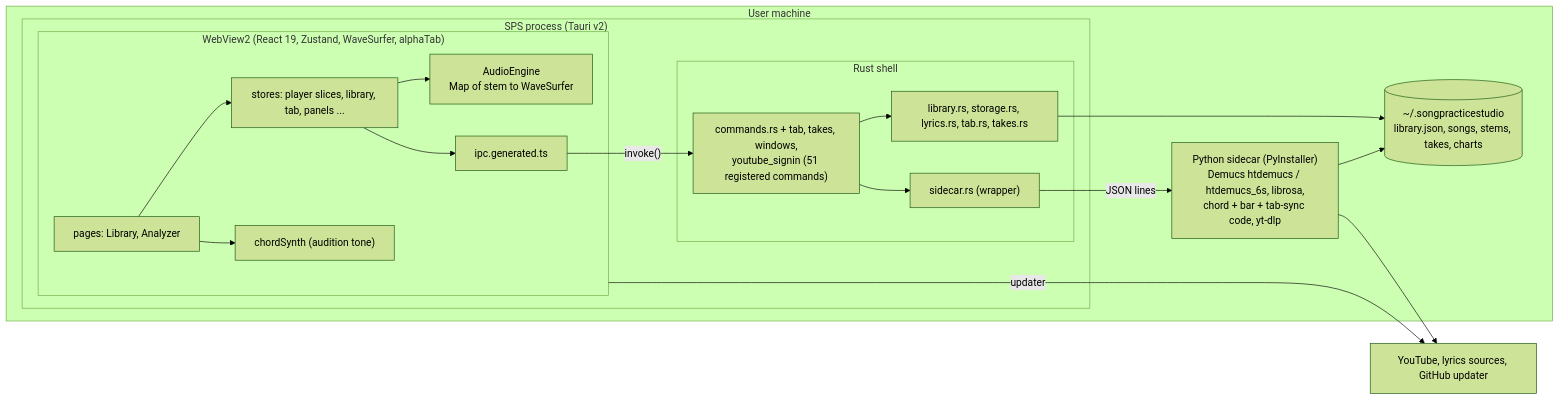
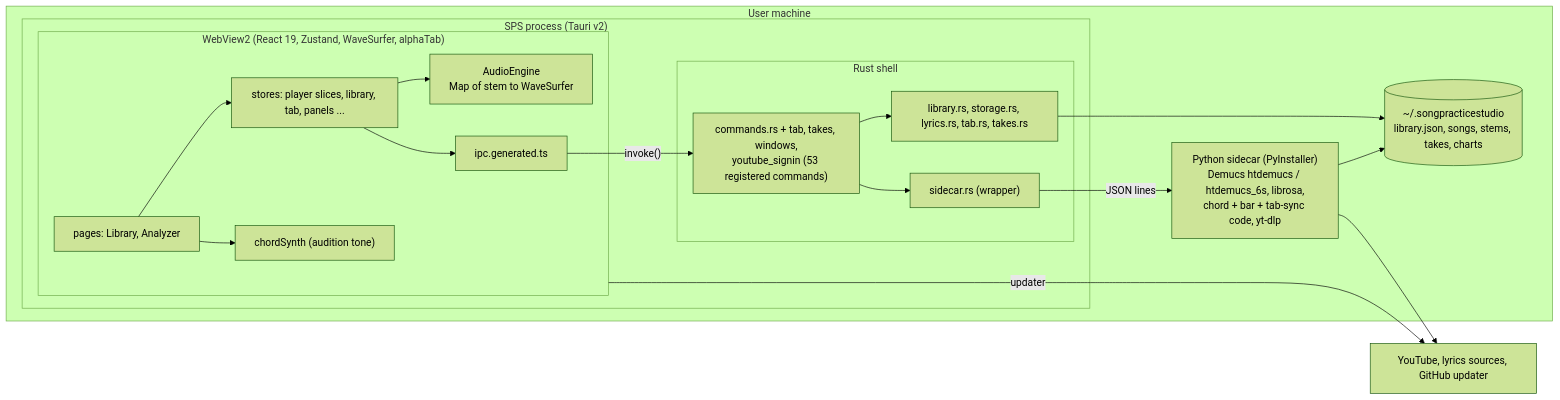
Before and after one commit to giamat90/SongPracticeStudio: the first of 16 diagrams in wiki/uml.md, drawn with Mermaid (forest theme). The commit also changed other lines of this file and 20 other files, not shown here.

````diff
--- a/wiki/uml.md
+++ b/wiki/uml.md
@@ -31,33 +31,33 @@
 ```mermaid
 flowchart LR
     subgraph machine["User machine"]
         subgraph tauri["SPS process (Tauri v2)"]
             subgraph web["WebView2 (React 19, Zustand, WaveSurfer, alphaTab)"]
                 PAGES["pages: Library, Analyzer"]
                 STORES["stores: player slices, library, tab, panels ..."]
                 ENGINE["AudioEngine<br/>Map of stem to WaveSurfer"]
                 IPCG["ipc.generated.ts"]
                 SYNTH["chordSynth (audition tone)"]
             end
             subgraph rust["Rust shell"]
-                CMDS["commands.rs + tab, takes, windows,<br/>youtube_signin (51 registered commands)"]
+                CMDS["commands.rs + tab, takes, windows,<br/>youtube_signin (53 registered commands)"]
                 LIB["library.rs, storage.rs, lyrics.rs, tab.rs, takes.rs"]
                 SIDE["sidecar.rs (wrapper)"]
             end
         end
         SC["Python sidecar (PyInstaller)<br/>Demucs htdemucs / htdemucs_6s, librosa,<br/>chord + bar + tab-sync code, yt-dlp"]
         DATA[("~/.songpracticestudio<br/>library.json, songs, stems, takes, charts")]
     end
     NET["YouTube, lyrics sources, GitHub updater"]
 
     PAGES --> STORES --> IPCG
     STORES --> ENGINE
     PAGES --> SYNTH
     IPCG -- "invoke()" --> CMDS
     CMDS --> LIB --> DATA
     CMDS --> SIDE
     SIDE -- "JSON lines" --> SC
     SC --> DATA
     SC --> NET
     web -- "updater" --> NET
 ```
````
